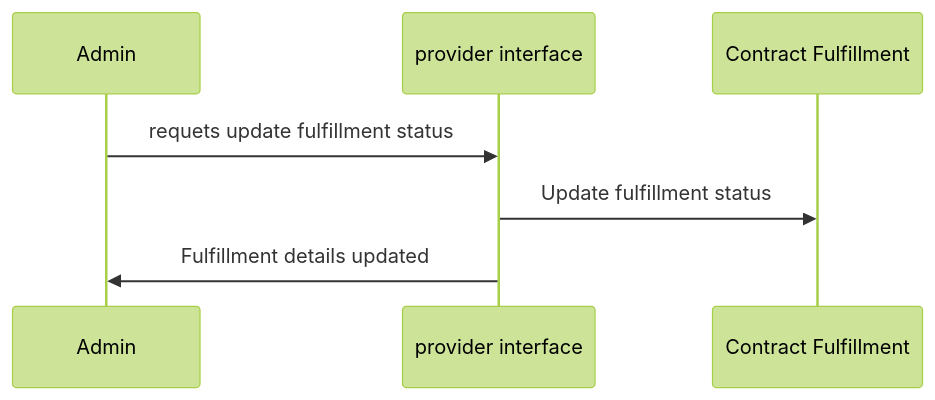
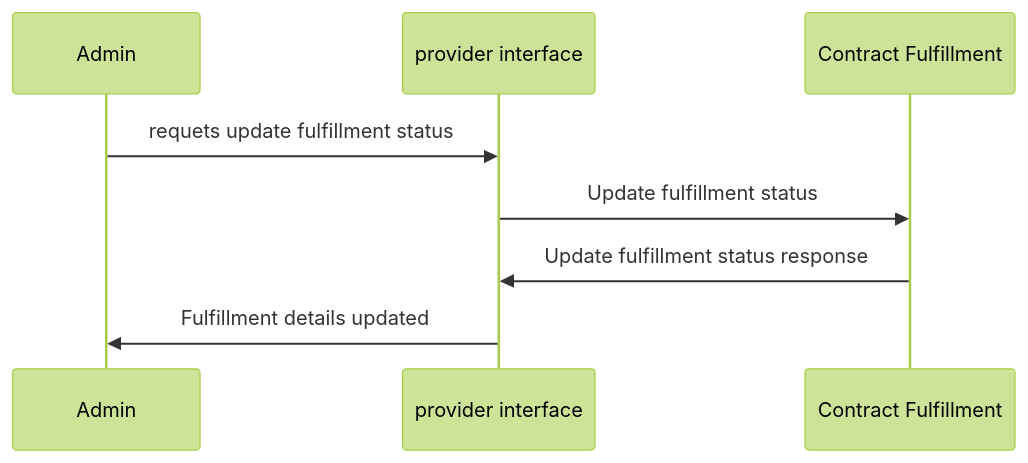
Before and after one commit to GovStackWorkingGroup/bb-emarketplace: the sixth of 15 diagrams in spec/9-workflows.md, drawn with Mermaid (forest theme). The commit also changed other lines of this file and 3 other files, not shown here.

````diff
--- a/spec/9-workflows.md
+++ b/spec/9-workflows.md
@@ -129,7 +135,8 @@
 ```mermaid
 sequenceDiagram
     
 Admin->>provider interface: requets update fulfillment status
 provider interface->>Contract Fulfillment:Update fulfillment status
+Contract Fulfillment->>provider interface:Update fulfillment status response
 provider interface->>Admin:Fulfillment details updated
 ```
````
